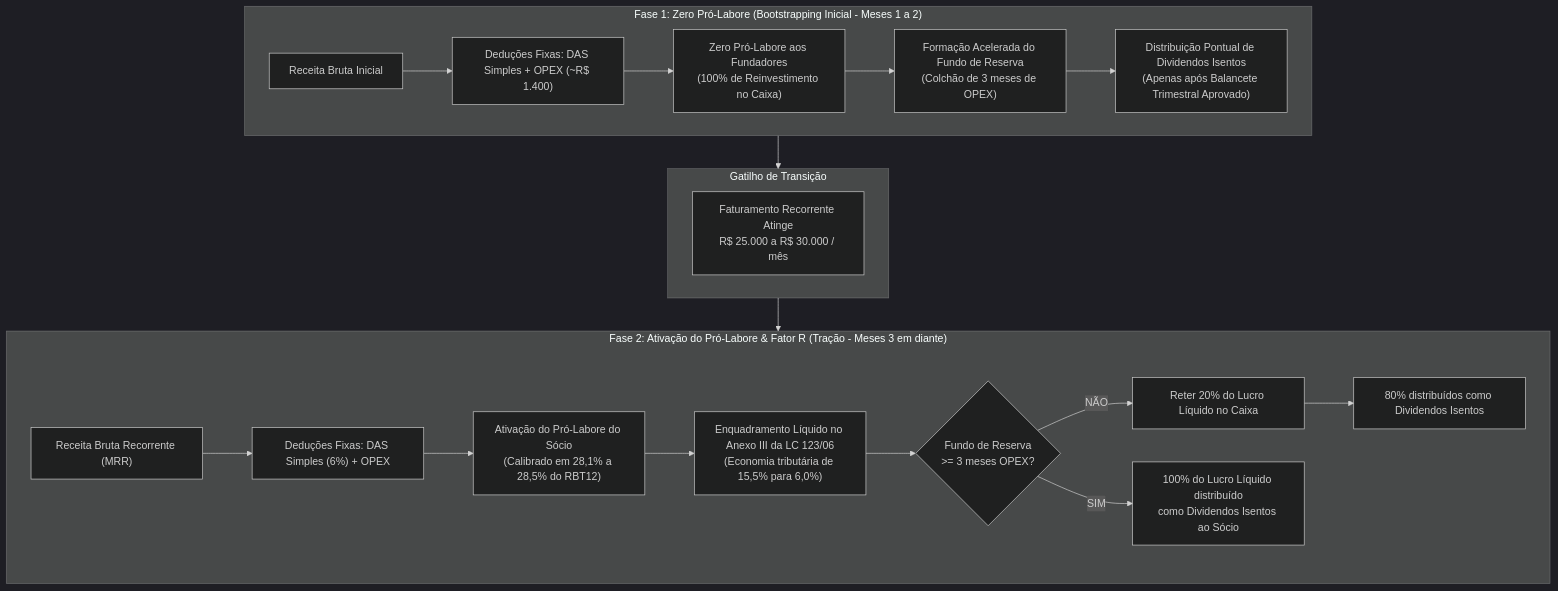
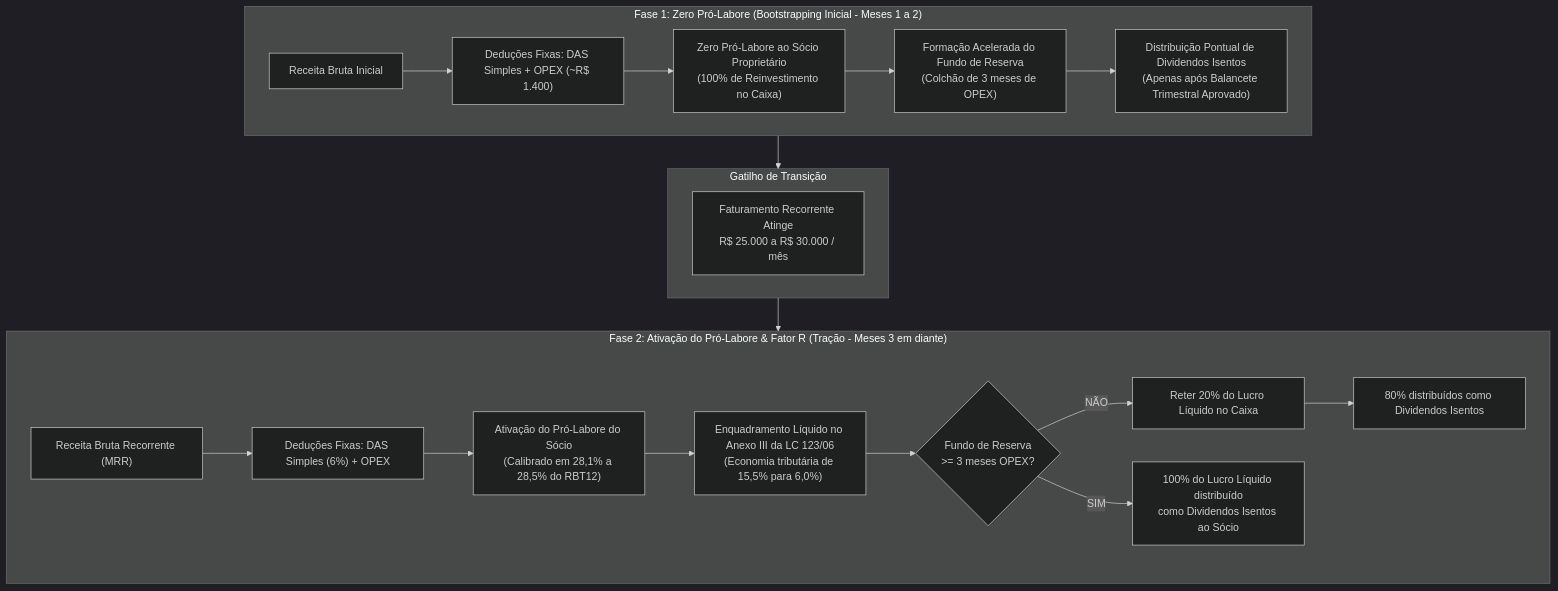
The sixth of 9 diagrams in PLANO_DE_LANCAMENTO_EMPRESARIAL.md (trd-consultoria-ti/startup), drawn with Mermaid (dark theme) before and after one commit. The commit also changed other lines of this file and 22 other files, not shown here.

````diff
--- a/PLANO_DE_LANCAMENTO_EMPRESARIAL.md
+++ b/PLANO_DE_LANCAMENTO_EMPRESARIAL.md
@@ -317,25 +317,25 @@
 ```mermaid
 flowchart TD
     subgraph Fase1 ["Fase 1: Zero Pró-Labore (Bootstrapping Inicial - Meses 1 a 2)"]
         F1_A["Receita Bruta Inicial"] --> F1_B["Deduções Fixas: DAS Simples + OPEX (~R$ 1.400)"]
-        F1_B --> F1_C["Zero Pró-Labore aos Fundadores\n(100% de Reinvestimento no Caixa)"]
+        F1_B --> F1_C["Zero Pró-Labore ao Sócio Proprietário\n(100% de Reinvestimento no Caixa)"]
         F1_C --> F1_D["Formação Acelerada do Fundo de Reserva\n(Colchão de 3 meses de OPEX)"]
         F1_D --> F1_E["Distribuição Pontual de Dividendos Isentos\n(Apenas após Balancete Trimestral Aprovado)"]
     end
 
     subgraph Gatilho ["Gatilho de Transição"]
         GAT["Faturamento Recorrente Atinge\nR$ 25.000 a R$ 30.000 / mês"]
     end
 
     subgraph Fase2 ["Fase 2: Ativação do Pró-Labore & Fator R (Tração - Meses 3 em diante)"]
         F2_A["Receita Bruta Recorrente (MRR)"] --> F2_B["Deduções Fixas: DAS Simples (6%) + OPEX"]
         F2_B --> F2_C["Ativação do Pró-Labore do Sócio\n(Calibrado em 28,1% a 28,5% do RBT12)"]
         F2_C --> F2_D["Enquadramento Líquido no Anexo III da LC 123/06\n(Economia tributária de 15,5% para 6,0%)"]
         F2_D --> F2_E{"Fundo de Reserva\n>= 3 meses OPEX?"}
         F2_E -->|"NÃO"| F2_F["Reter 20% do Lucro Líquido no Caixa"]
         F2_F --> F2_G["80% distribuídos como Dividendos Isentos"]
         F2_E -->|"SIM"| F2_H["100% do Lucro Líquido distribuído\ncomo Dividendos Isentos ao Sócio"]
     end
 
     Fase1 --> Gatilho --> Fase2
 ```
````
